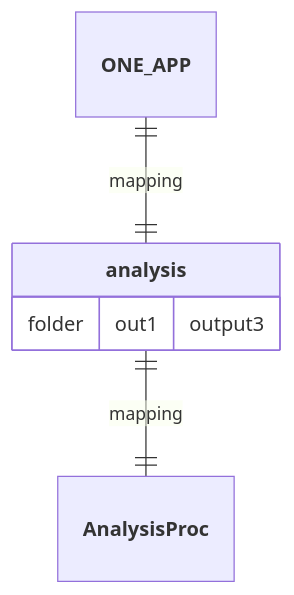
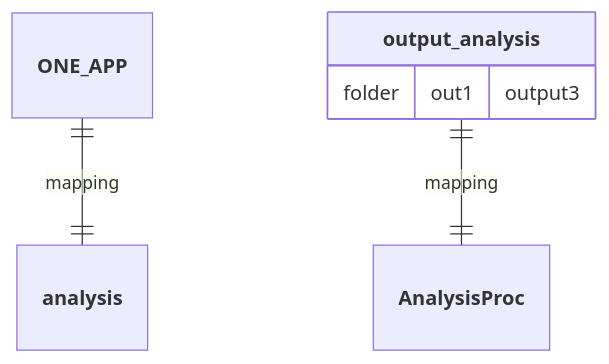
One commit to nuremics/nuremics-labs changed the fourth of 5 diagrams in src/apps/ONE_APP/README.md. Above: the diagram before and after it, drawn with Mermaid.

Commit message:
update ONE_APP README

````diff
--- a/src/apps/ONE_APP/README.md
+++ b/src/apps/ONE_APP/README.md
@@ -78,9 +78,9 @@
 ```mermaid
 erDiagram
   **ONE_APP** ||--|| **analysis** : mapping
-  **analysis** ||--|| **AnalysisProc** : mapping
+  **output_analysis** ||--|| **AnalysisProc** : mapping
 
-  **analysis** {
+  **output_analysis** {
     folder out1 "output3"
   }
 ```
````
